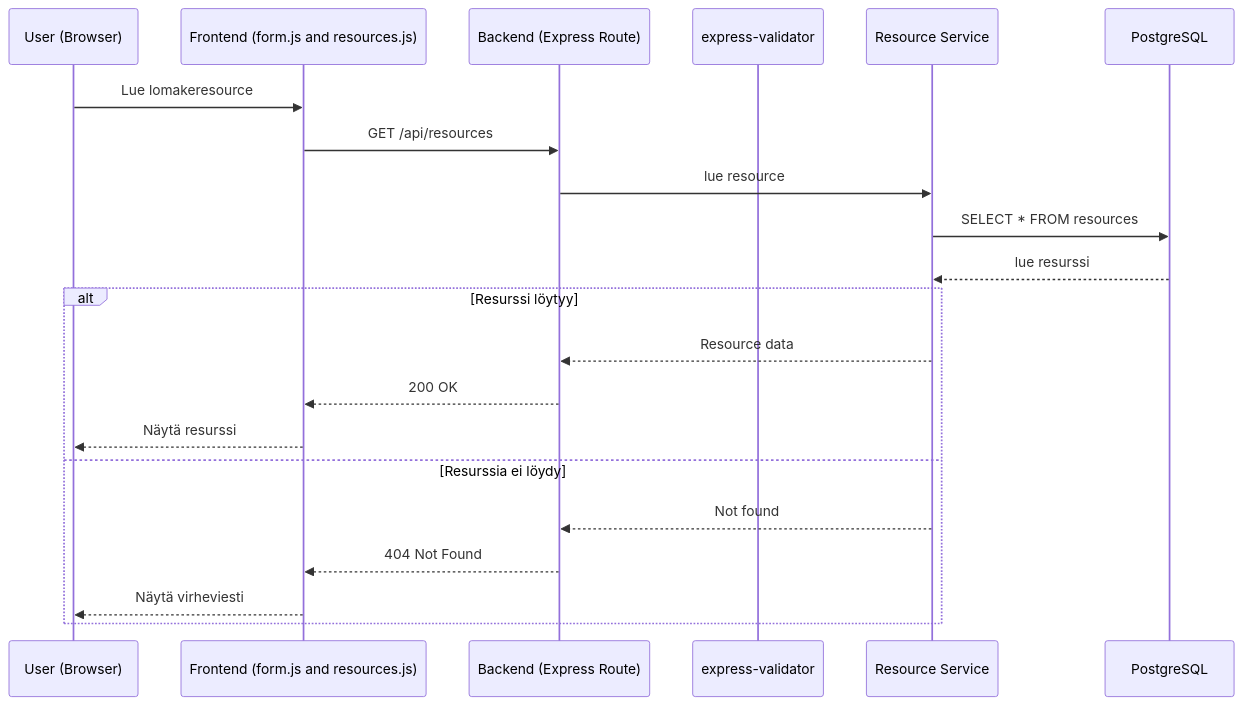
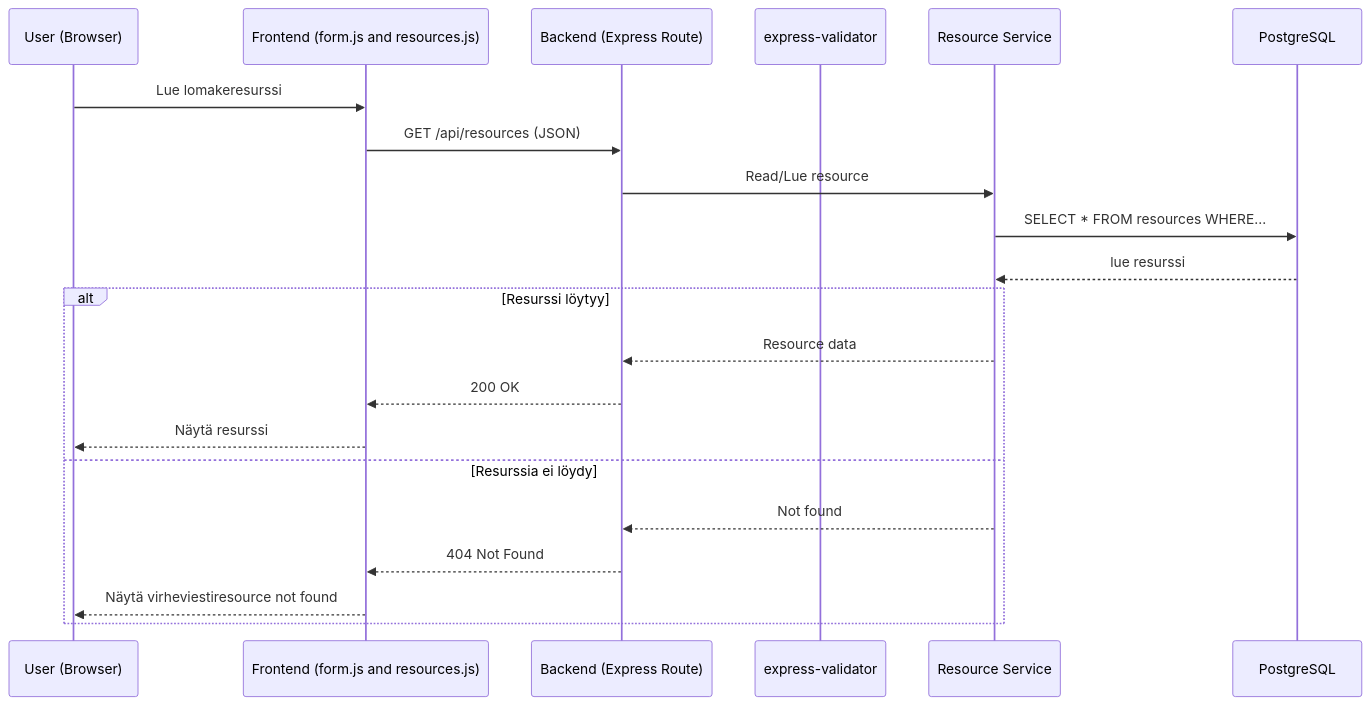
Before and after one commit to A-Ranta/WebDevJatkokurssi: the second of 4 diagrams in BookingSystem/Phase6/G1_CRUD_Dataflow.md, drawn with Mermaid. The commit also changed other lines of this file, not shown here.

````diff
--- a/BookingSystem/Phase6/G1_CRUD_Dataflow.md
+++ b/BookingSystem/Phase6/G1_CRUD_Dataflow.md
@@ -41,25 +41,25 @@
 ```mermaid
 sequenceDiagram
     participant U as User (Browser)
     participant F as Frontend (form.js and resources.js)
     participant B as Backend (Express Route)
     participant V as express-validator
     participant S as Resource Service
     participant DB as PostgreSQL
 
-    U->>F: Lue lomakeresource
-    F->>B: GET /api/resources
-    B->>S: lue resource
-    S->>DB: SELECT * FROM resources
+    U->>F: Lue lomakeresurssi
+    F->>B: GET /api/resources (JSON)
+    B->>S: Read/Lue resource
+    S->>DB: SELECT * FROM resources WHERE...
     DB-->>S: lue resurssi
 
     alt Resurssi löytyy
         S-->>B: Resource data
         B-->>F: 200 OK
         F-->>U: Näytä resurssi
     else Resurssia ei löydy
         S-->>B: Not found
         B-->>F: 404 Not Found
-        F-->>U: Näytä virheviesti
+        F-->>U: Näytä virheviestiresource not found
     end
 ```
````
